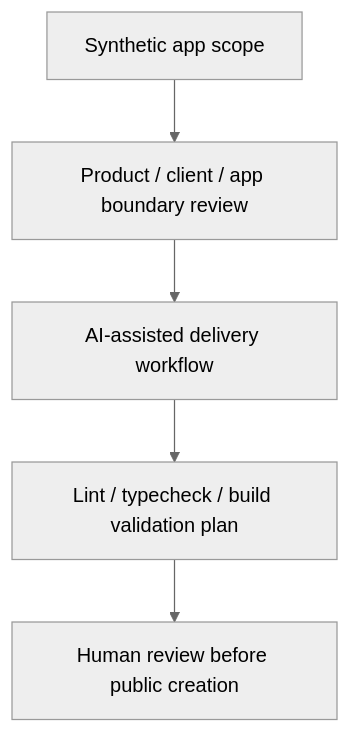
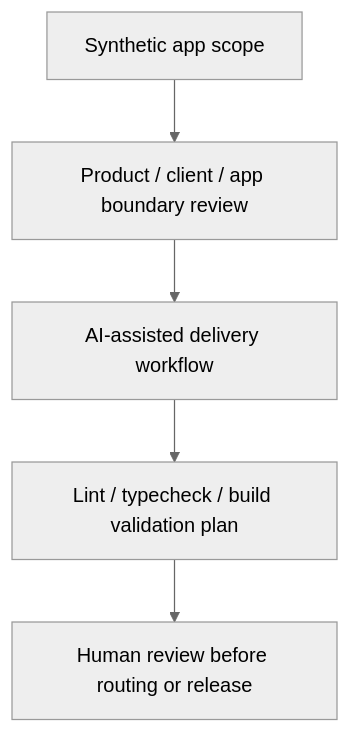
One commit to Franzabner/application-development-systems changed the diagram in diagrams/app-delivery-review-flow.mmd. Above: the diagram before and after it, drawn with Mermaid (neutral theme). The commit also changed other lines of this file and 9 other files, not shown here.

```diff
--- a/diagrams/app-delivery-review-flow.mmd
+++ b/diagrams/app-delivery-review-flow.mmd
@@ -1,5 +1,5 @@
 flowchart TD
   Scope["Synthetic app scope"] --> Boundary["Product / client / app boundary review"]
   Boundary --> Delivery["AI-assisted delivery workflow"]
   Delivery --> Validation["Lint / typecheck / build validation plan"]
-  Validation --> Human["Human review before public creation"]
+  Validation --> Human["Human review before routing or release"]
```
